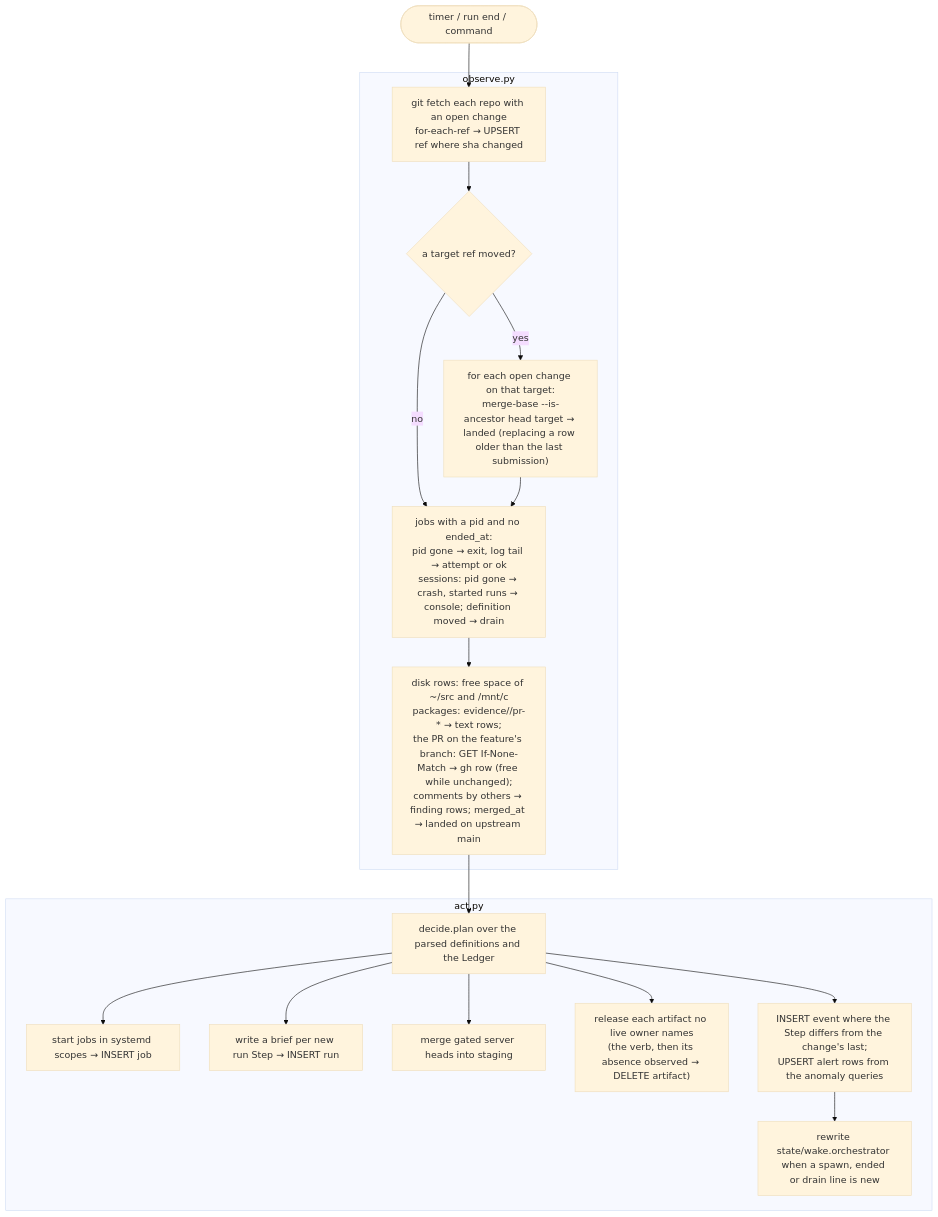
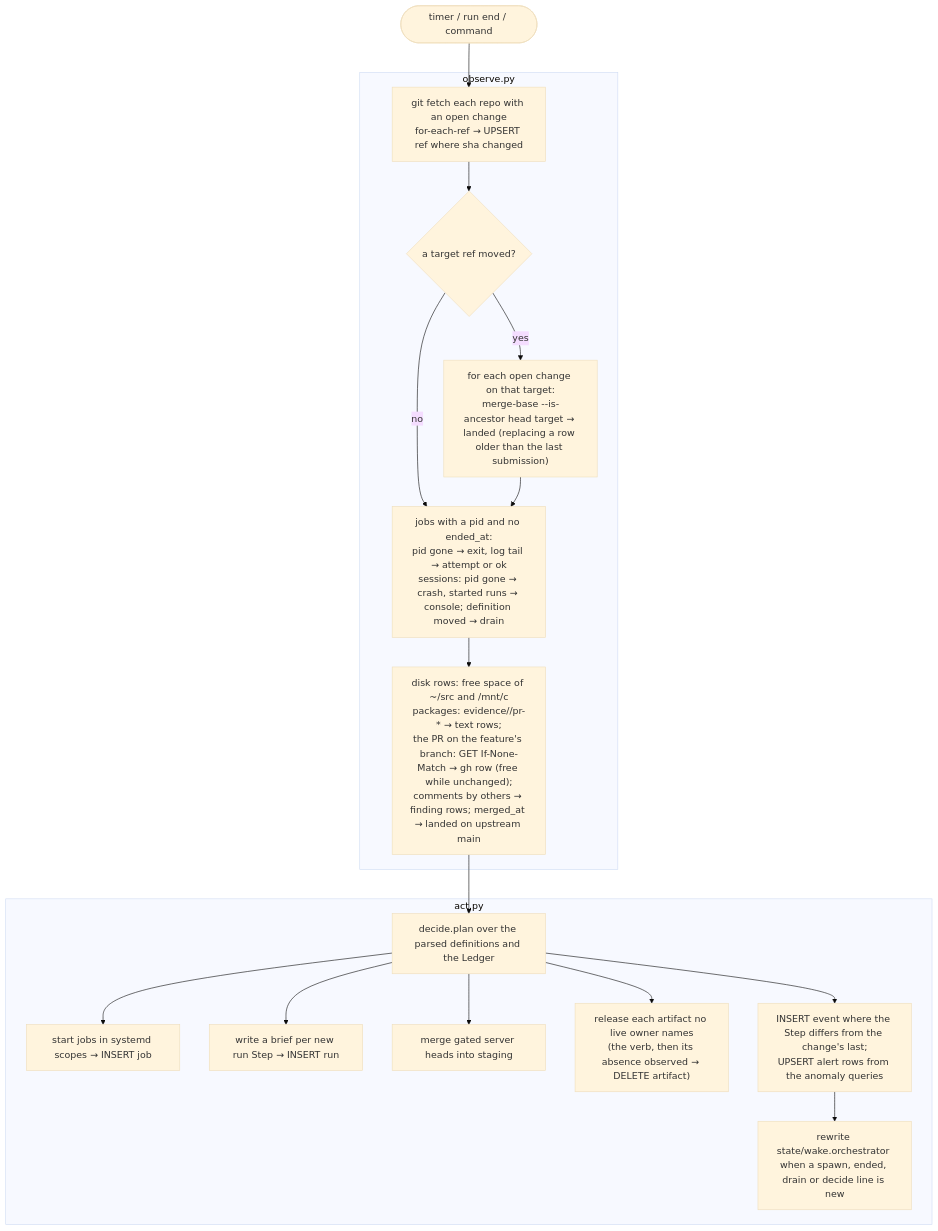
Before and after one commit to AlexPerrin/RuneHarness: the fourth of 8 diagrams in docs/ARCHITECTURE.md, drawn with Mermaid (base theme). The commit also changed other lines of this file and 6 other files, not shown here.

Commit message:
An ask's recommended internal option (dep, waive, close, move-repo) is a decide line the orchestrator answers; hd answer applies a close effect

````diff
--- a/docs/ARCHITECTURE.md
+++ b/docs/ARCHITECTURE.md
@@ -348,20 +348,20 @@
 ```mermaid
 flowchart TD
   T0([timer / run end / command]) --> F
   subgraph OBS["observe.py"]
     F["git fetch each repo with an open change<br/>for-each-ref → UPSERT ref where sha changed"] --> L{"a target ref moved?"}
     L -- yes --> LA["for each open change on that target:<br/>merge-base --is-ancestor head target → landed (replacing a row older than the last submission)"]
     L -- no --> P
     LA --> P["jobs with a pid and no ended_at:<br/>pid gone → exit, log tail → attempt or ok<br/>sessions: pid gone → crash, started runs → console; definition moved → drain"]
     P --> GH["disk rows: free space of ~/src and /mnt/c<br/>packages: evidence/<slug>/pr-* → text rows;<br/>the PR on the feature's branch: GET If-None-Match → gh row (free while unchanged);<br/>comments by others → finding rows; merged_at → landed on upstream main"]
   end
   GH --> D["decide.plan over the parsed definitions and the Ledger"]
   subgraph ACT["act.py"]
     D --> S["start jobs in systemd scopes → INSERT job"]
     D --> B["write a brief per new run Step → INSERT run"]
     D --> M["merge gated server heads into staging"]
     D --> R["release each artifact no live owner names<br/>(the verb, then its absence observed → DELETE artifact)"]
     D --> E["INSERT event where the Step differs from the change's last;<br/>UPSERT alert rows from the anomaly queries"]
-    E --> W["rewrite state/wake.orchestrator when a spawn, ended or drain line is new"]
+    E --> W["rewrite state/wake.orchestrator when a spawn, ended, drain or decide line is new"]
   end
 ```
````
